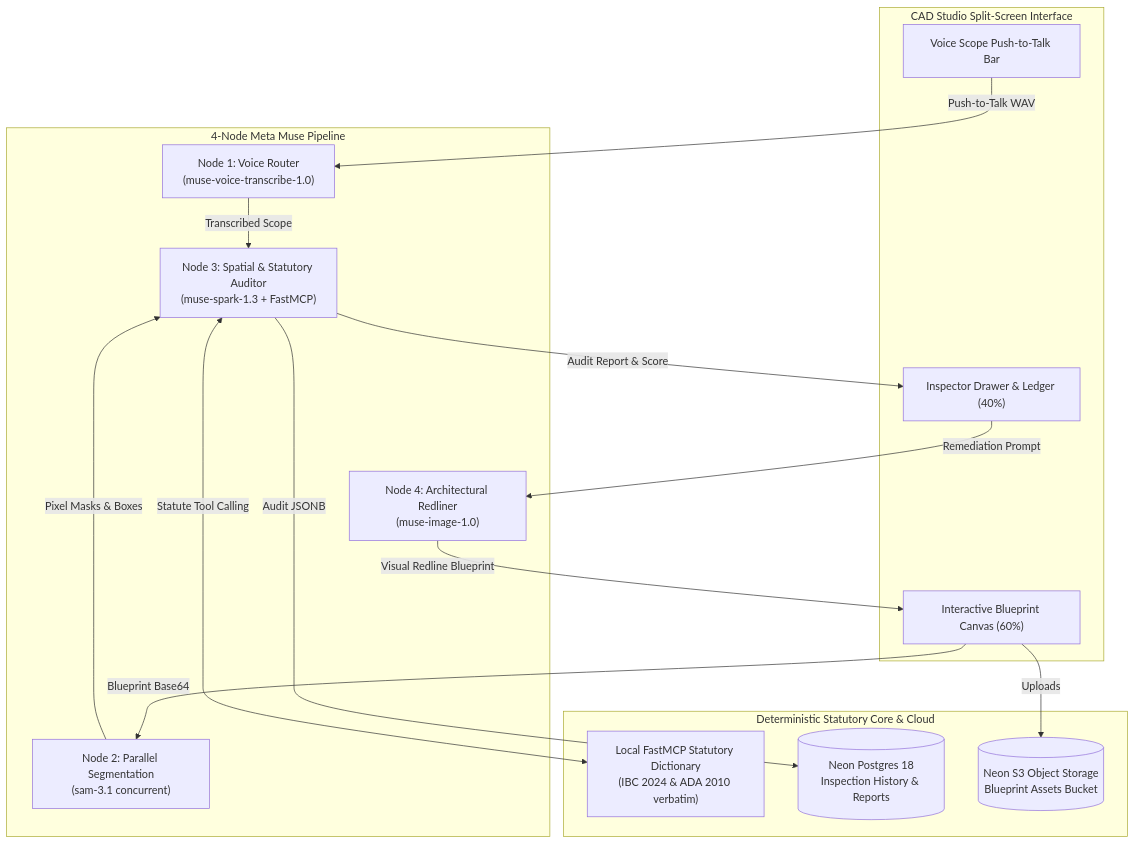
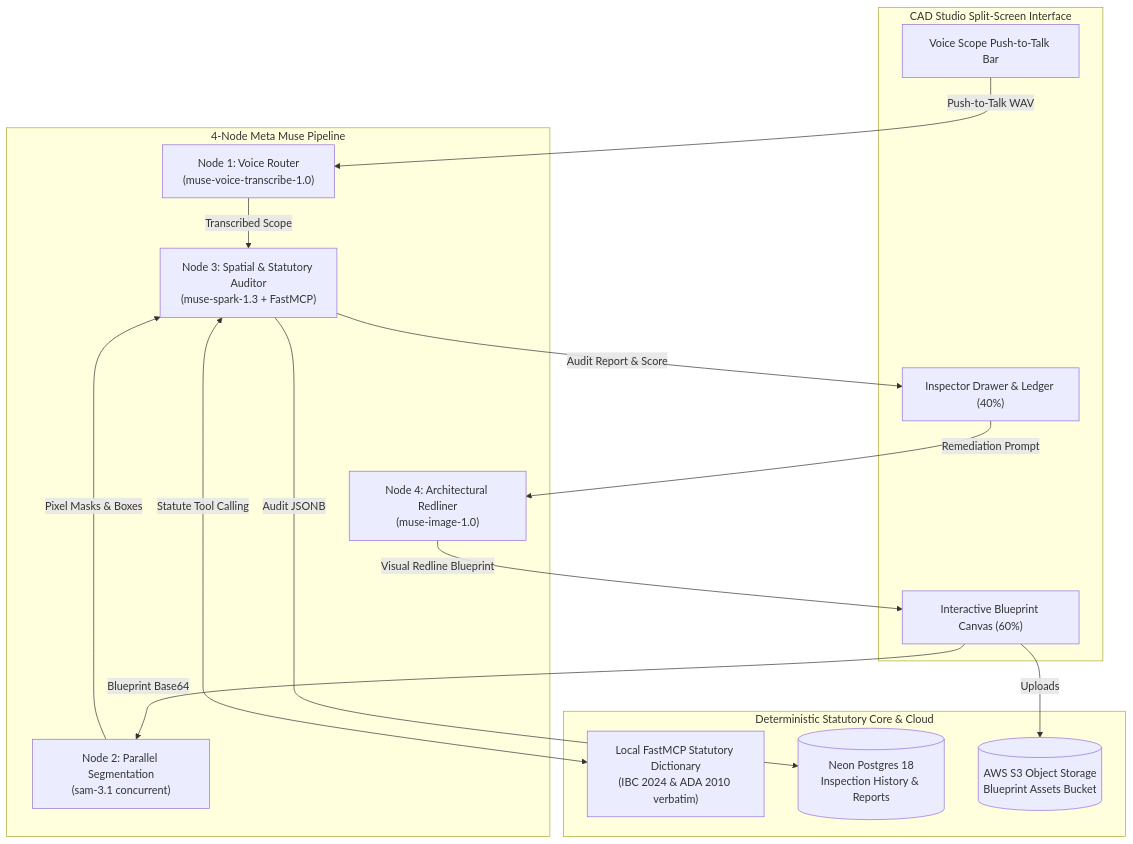
Before and after one commit to AbrarMuhtasim14/planpass: the diagram in README.md, drawn with Mermaid. The commit also changed other lines of this file and 60 other files, not shown here.

````diff
--- a/README.md
+++ b/README.md
@@ -12,32 +25,32 @@
 ```mermaid
 flowchart TD
     subgraph UI ["CAD Studio Split-Screen Interface"]
         PTT["Voice Scope Push-to-Talk Bar"]
         CANVAS["Interactive Blueprint Canvas (60%)"]
         LEDGER["Inspector Drawer & Ledger (40%)"]
     end
 
     subgraph Agents ["4-Node Meta Muse Pipeline"]
         N1["Node 1: Voice Router<br/>(muse-voice-transcribe-1.0)"]
         N2["Node 2: Parallel Segmentation<br/>(sam-3.1 concurrent)"]
         N3["Node 3: Spatial & Statutory Auditor<br/>(muse-spark-1.3 + FastMCP)"]
         N4["Node 4: Architectural Redliner<br/>(muse-image-1.0)"]
     end
 
     subgraph Core ["Deterministic Statutory Core & Cloud"]
         MCP_DICT["Local FastMCP Statutory Dictionary<br/>(IBC 2024 & ADA 2010 verbatim)"]
         NEON_DB[("Neon Postgres 18<br/>Inspection History & Reports")]
-        NEON_S3[("Neon S3 Object Storage<br/>Blueprint Assets Bucket")]
+        NEON_S3[("AWS S3 Object Storage<br/>Blueprint Assets Bucket")]
     end
 
     PTT -->|Push-to-Talk WAV| N1
     N1 -->|Transcribed Scope| N3
     CANVAS -->|Blueprint Base64| N2
     CANVAS -->|Uploads| NEON_S3
     N2 -->|Pixel Masks & Boxes| N3
     N3 <-->|Statute Tool Calling| MCP_DICT
     N3 -->|Audit Report & Score| LEDGER
     N3 -->|Audit JSONB| NEON_DB
     LEDGER -->|Remediation Prompt| N4
     N4 -->|Visual Redline Blueprint| CANVAS
 ```
````
